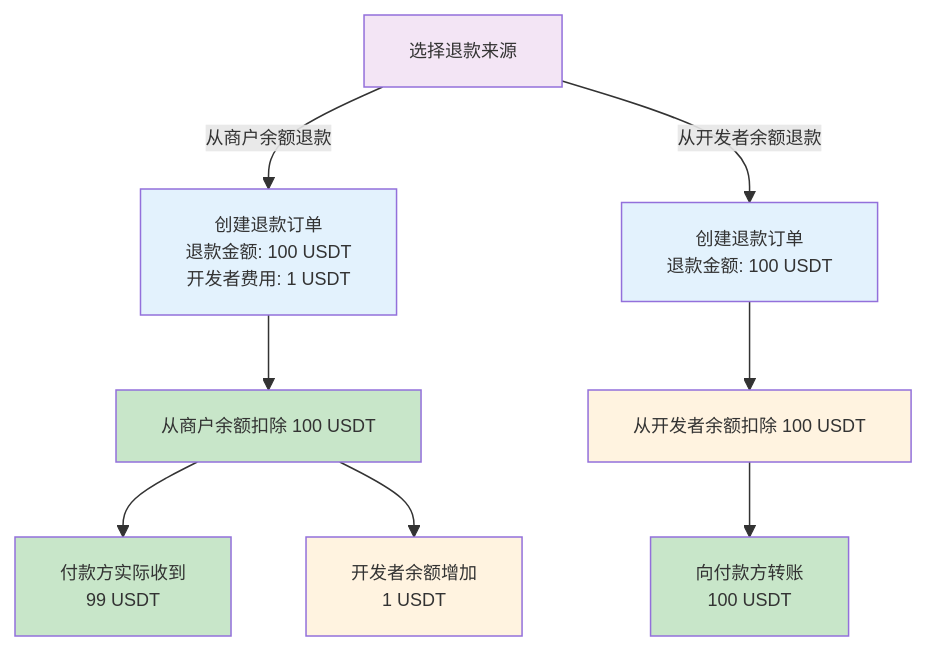
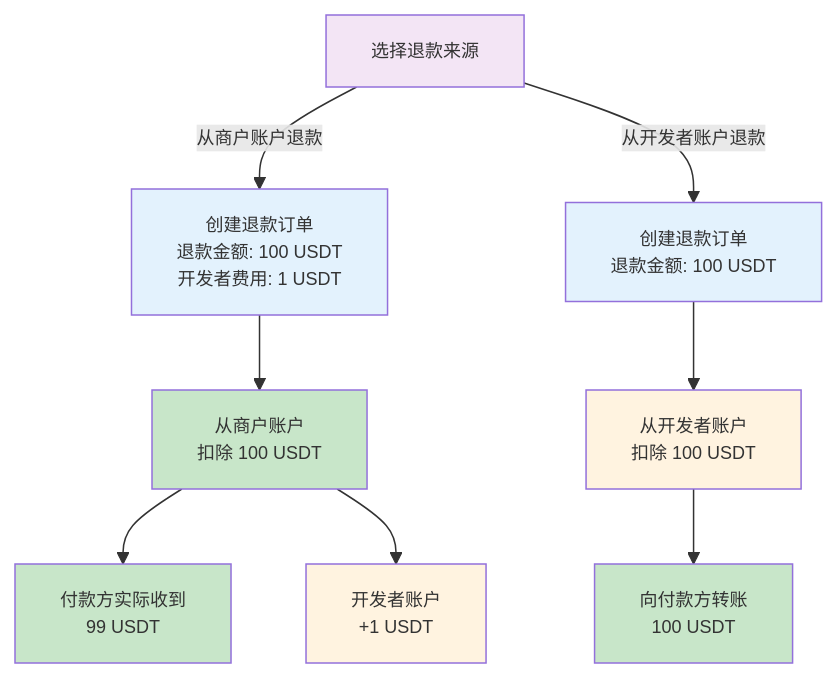
One commit to CoboGlobal/payments-manual changed the fourth of 5 diagrams in payments/cn/guides/amounts-and-balances.mdx. Above: the diagram before and after it, drawn with Mermaid. The commit also changed other lines of this file and 5 other files, not shown here.

````diff
--- a/payments/cn/guides/amounts-and-balances.mdx
+++ b/payments/cn/guides/amounts-and-balances.mdx
@@ -133,23 +121,23 @@
 ```mermaid
 %%{init: {'themeVariables': { 'fontSize': '12px'}}}%%
 graph TD
-    F[选择退款来源] -->|从商户余额退款| E1[创建退款订单<br/>退款金额: 100 USDT<br/>开发者费用: 1 USDT]
-    F -->|从开发者余额退款| E2[创建退款订单<br/>退款金额: 100 USDT]
+    F[选择退款来源] -->|从商户账户退款| E1[创建退款订单<br/>退款金额: 100 USDT<br/>开发者费用: 1 USDT]
+    F -->|从开发者账户退款| E2[创建退款订单<br/>退款金额: 100 USDT]
     
-    E1 --> G[从商户余额扣除 100 USDT]
-    E2 --> H[从开发者余额扣除 100 USDT]
+    E1 --> G[从商户账户<br/>扣除 100 USDT]
+    E2 --> H[从开发者账户<br/>扣除 100 USDT]
     
     G --> J[付款方实际收到<br/>99 USDT]
-    G --> K[开发者余额增加<br/>1 USDT]
+    G --> K[开发者账户<br/>+1 USDT]
     
     H --> L[向付款方转账<br/>100 USDT]
     
     style F fill:#f3e5f5
     style E1 fill:#e3f2fd
     style E2 fill:#e3f2fd
     style G fill:#c8e6c9
     style H fill:#fff3e0
     style J fill:#c8e6c9
     style K fill:#fff3e0
     style L fill:#c8e6c9
 ```
````
